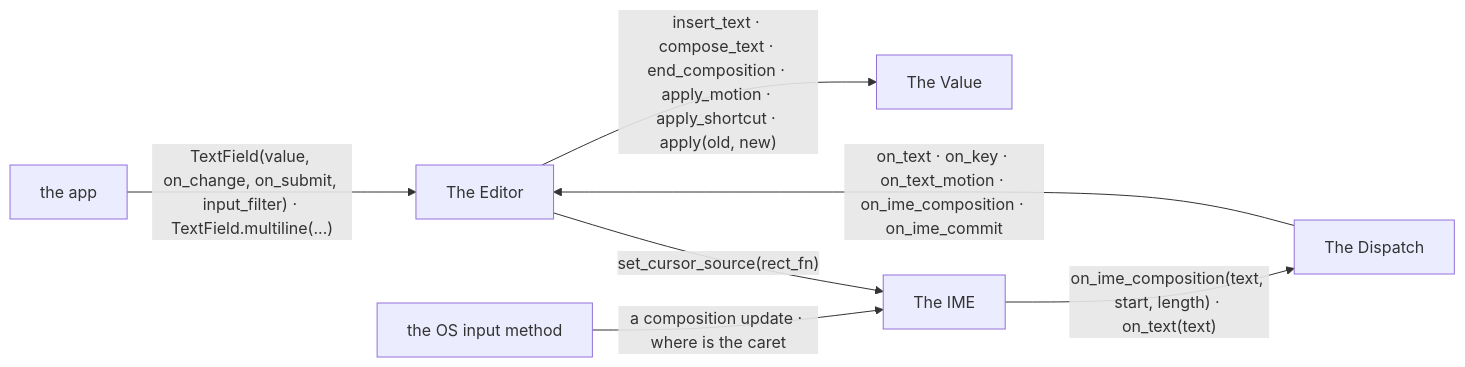
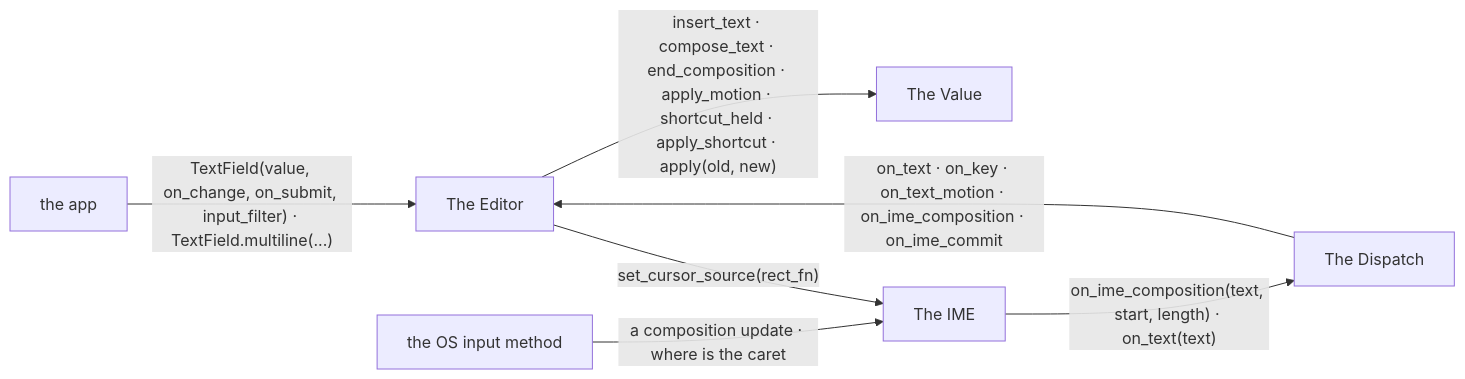
The first of 9 diagrams in docs/design/TEXT_EDITING.md (yuksblog/nuiitivet), drawn with Mermaid before and after one commit. The commit also changed other lines of this file and 14 other files, not shown here.

````diff
--- a/docs/design/TEXT_EDITING.md
+++ b/docs/design/TEXT_EDITING.md
@@ -13,16 +13,16 @@
 ```mermaid
 flowchart LR
     value[The Value]
     editor[The Editor]
     dispatch[The Dispatch]
     ime[The IME]
     app[the app]
     os[the OS input method]
 
     app -- "TextField(value, on_change, on_submit, input_filter) · TextField.multiline(...)" --> editor
-    editor -- "insert_text · compose_text · end_composition · apply_motion · apply_shortcut · apply(old, new)" --> value
+    editor -- "insert_text · compose_text · end_composition · apply_motion · shortcut_held · apply_shortcut · apply(old, new)" --> value
     dispatch -- "on_text · on_key · on_text_motion · on_ime_composition · on_ime_commit" --> editor
     os -- "a composition update · where is the caret" --> ime
     ime -- "on_ime_composition(text, start, length) · on_text(text)" --> dispatch
     editor -- "set_cursor_source(rect_fn)" --> ime
 ```
````
